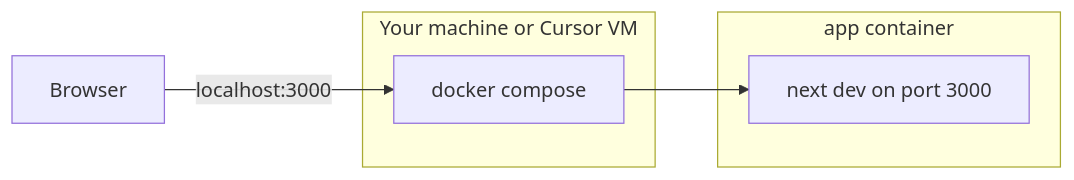
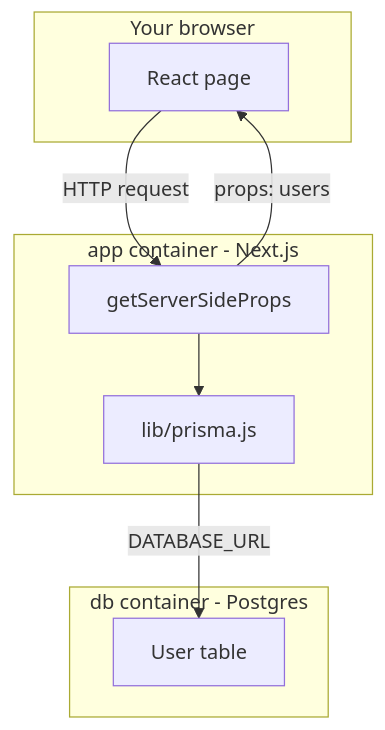
One commit to Maximuson/starter-logo changed the diagram in README.md. Above: the diagram before and after it, drawn with Mermaid. The commit also changed other lines of this file and 13 other files, not shown here.

First line of the commit message:
Add Prisma backend with Postgres, migrations, and seed data

````diff
--- a/README.md
+++ b/README.md
@@ -45,13 +96,20 @@
 ```mermaid
-flowchart LR
-  subgraph host [Your machine or Cursor VM]
-    DC[docker compose]
+flowchart TB
+  subgraph browser [Your browser]
+    UI[React page]
   end
 
-  subgraph container [app container]
-    Next[next dev on port 3000]
+  subgraph appContainer [app container - Next.js]
+    GSSP[getServerSideProps]
+    Prisma[lib/prisma.js]
   end
 
-  Browser -->|localhost:3000| DC
-  DC --> Next
+  subgraph dbContainer [db container - Postgres]
+    Table[User table]
+  end
+
+  UI -->|HTTP request| GSSP
+  GSSP --> Prisma
+  Prisma -->|DATABASE_URL| Table
+  GSSP -->|props: users| UI
 ```
````
